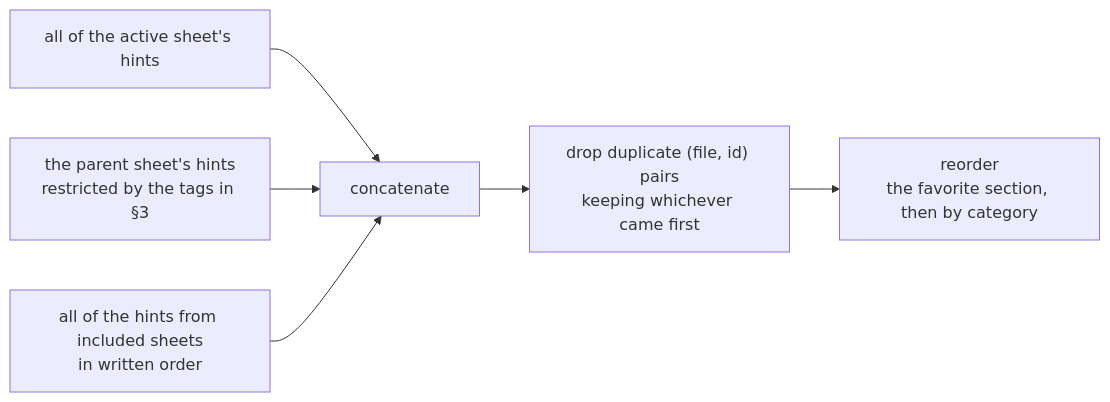
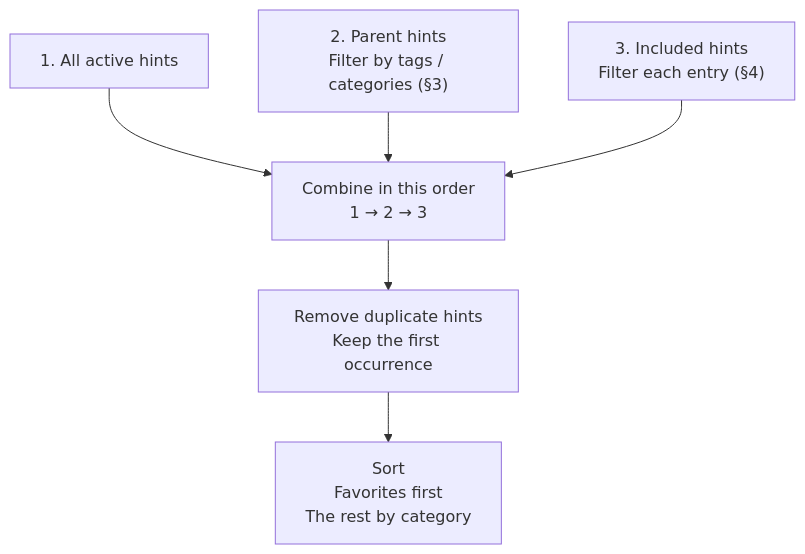
Before and after one commit to yasuoeto/wayhint: the second of 2 diagrams in docs/SHEETS.md, drawn with Mermaid. The commit also changed other lines of this file and 15 other files, not shown here.

First line of the commit message:
docs: 導入手順を入れ方別に分け、操作図と nested / include の説明を直す

````diff
--- a/docs/SHEETS.md
+++ b/docs/SHEETS.md
@@ -44,8 +43,8 @@
 ```mermaid
-flowchart LR
-    S1[all of the active sheet's hints] --> J[concatenate]
-    S2[the parent sheet's hints<br/>restricted by the tags in §3] --> J
-    S3[all of the hints from included sheets<br/>in written order] --> J
-    J --> U["drop duplicate (file, id) pairs<br/>keeping whichever came first"]
-    U --> O[reorder<br/>the favorite section, then by category]
+flowchart TD
+    S1["1. All active hints"] --> J["Combine in this order<br/>1 → 2 → 3"]
+    S2["2. Parent hints<br/>Filter by tags / categories (§3)"] --> J
+    S3["3. Included hints<br/>Filter each entry (§4)"] --> J
+    J --> U["Remove duplicate hints<br/>Keep the first occurrence"]
+    U --> O["Sort<br/>Favorites first<br/>The rest by category"]
 ```
````
